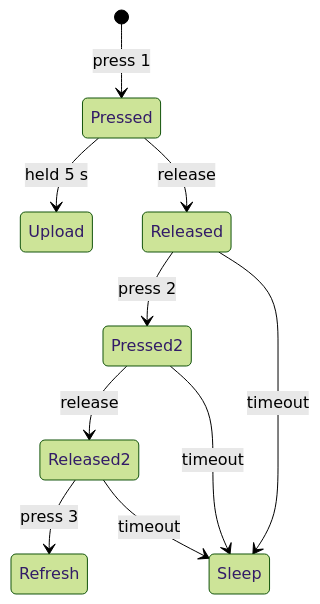
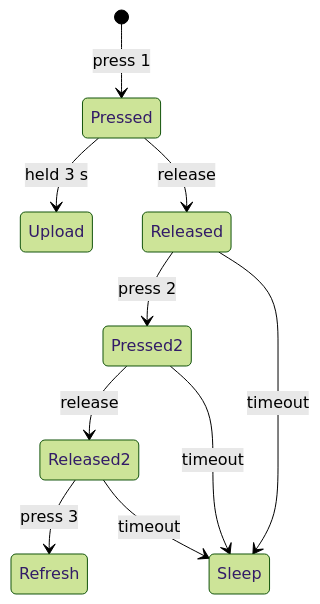
The second of 4 diagrams in firmware/STATE_MACHINE.md (Maokx1/hof_frame), drawn with Mermaid (forest theme) before and after one commit. The commit also changed other lines of this file and 2 other files, not shown here.

Commit message:
docs(firmware): document current modes, upload flow and recovery diagnostics

````diff
--- a/firmware/STATE_MACHINE.md
+++ b/firmware/STATE_MACHINE.md
@@ -318,12 +269,12 @@
 ```mermaid
 stateDiagram-v2
     [*] --> Pressed: press 1
-    Pressed --> Upload: held 5 s
+    Pressed --> Upload: held 3 s
     Pressed --> Released: release
     Released --> Pressed2: press 2
     Pressed2 --> Released2: release
     Released2 --> Refresh: press 3
     Released --> Sleep: timeout
     Released2 --> Sleep: timeout
     Pressed2 --> Sleep: timeout
 ```
````
